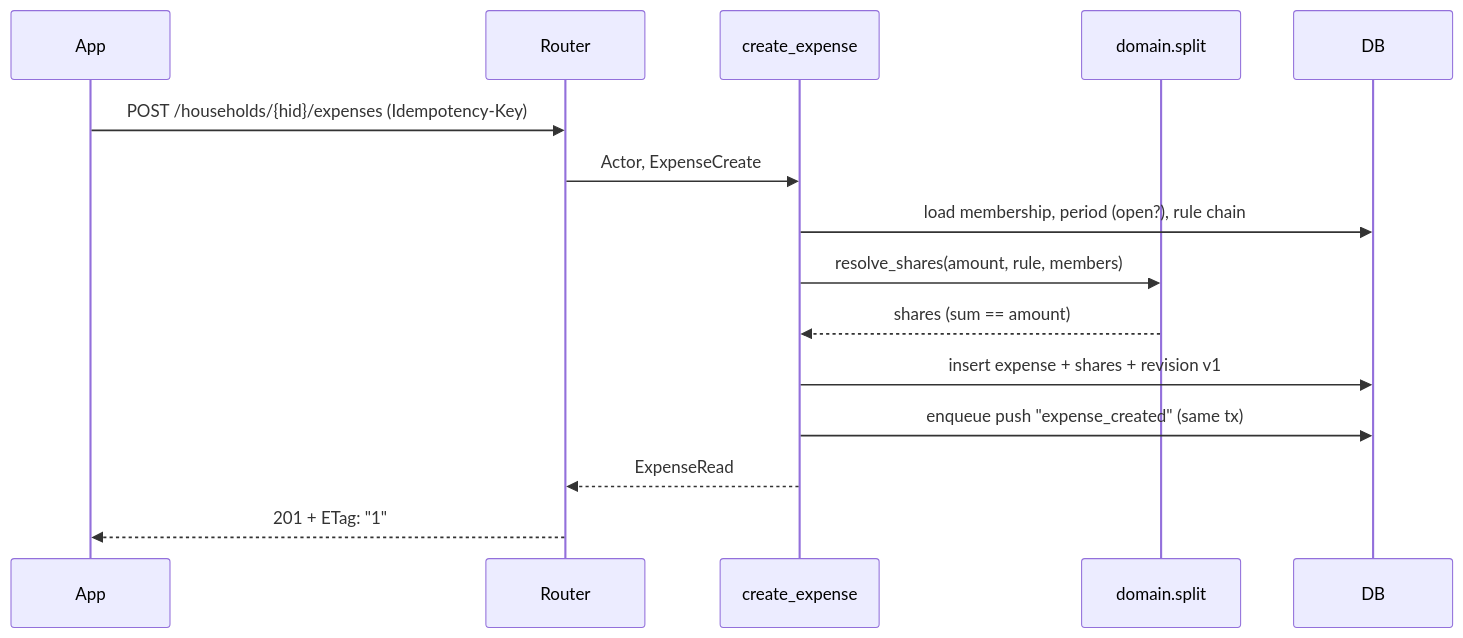
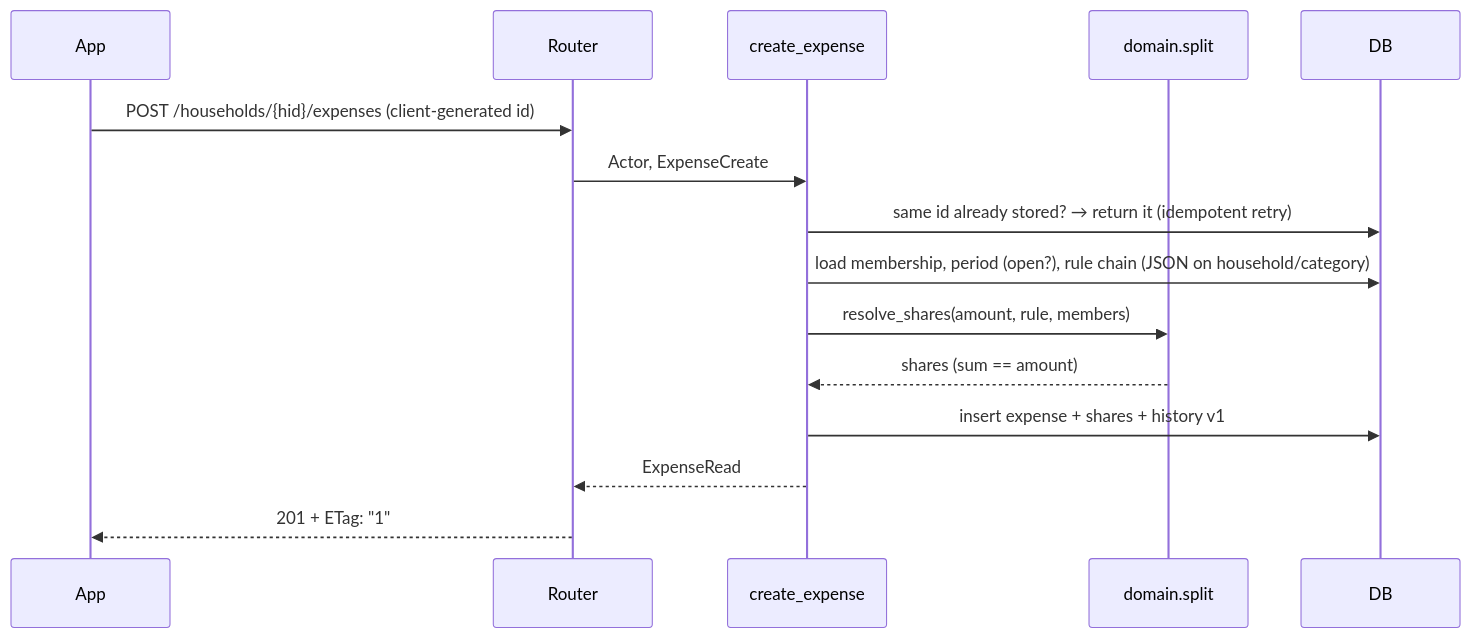
Before and after one commit to Frankovg/split-ranch: the third of 4 diagrams in docs/01-architecture.md, drawn with Mermaid. The commit also changed other lines of this file and 61 other files, not shown here.

````diff
--- a/docs/01-architecture.md
+++ b/docs/01-architecture.md
@@ -106,17 +96,17 @@
 ```mermaid
 sequenceDiagram
   participant A as App
   participant R as Router
   participant U as create_expense
   participant D as domain.split
   participant DB
-  A->>R: POST /households/{hid}/expenses (Idempotency-Key)
+  A->>R: POST /households/{hid}/expenses (client-generated id)
   R->>U: Actor, ExpenseCreate
-  U->>DB: load membership, period (open?), rule chain
+  U->>DB: same id already stored? → return it (idempotent retry)
+  U->>DB: load membership, period (open?), rule chain (JSON on household/category)
   U->>D: resolve_shares(amount, rule, members)
   D-->>U: shares (sum == amount)
-  U->>DB: insert expense + shares + revision v1
-  U->>DB: enqueue push "expense_created" (same tx)
+  U->>DB: insert expense + shares + history v1
   U-->>R: ExpenseRead
   R-->>A: 201 + ETag: "1"
 ```
````
